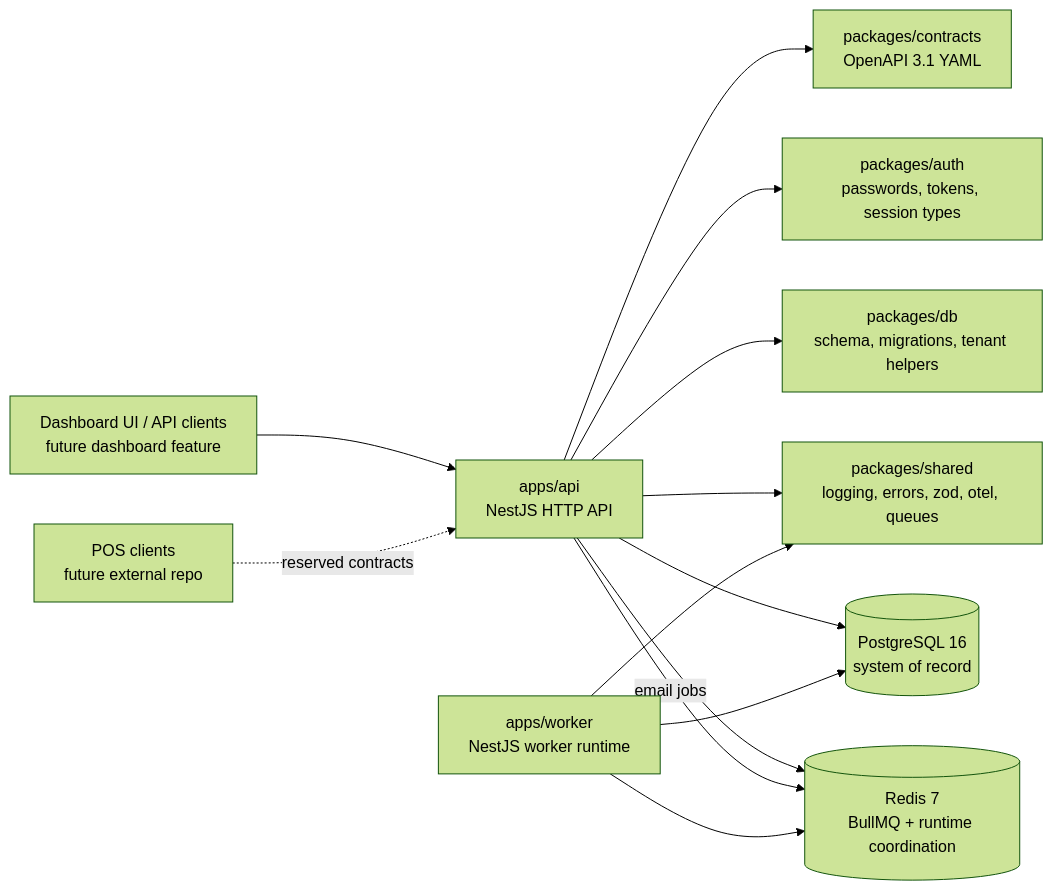
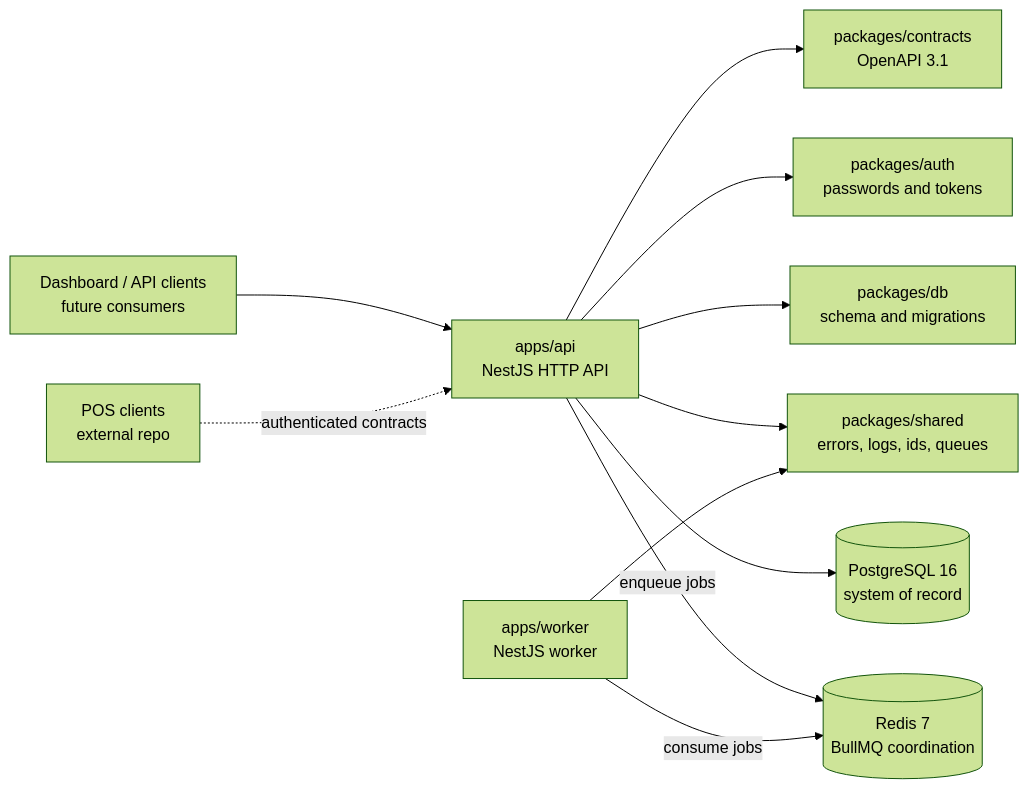
Before and after one commit to Kemetra-Labs/Retail-Tower-Erp: the diagram in services/backend-core/README.md, drawn with Mermaid (forest theme). The commit also changed other lines of this file and 17 other files, not shown here.

````diff
--- a/services/backend-core/README.md
+++ b/services/backend-core/README.md
@@ -52,29 +42,24 @@
 ```mermaid
 flowchart LR
-  clients["Dashboard UI / API clients<br/>future dashboard feature"]
-  pos["POS clients<br/>future external repo"]
-
+  clients["Dashboard / API clients<br/>future consumers"]
+  pos["POS clients<br/>external repo"]
   api["apps/api<br/>NestJS HTTP API"]
-  worker["apps/worker<br/>NestJS worker runtime"]
-
-  contracts["packages/contracts<br/>OpenAPI 3.1 YAML"]
-  auth["packages/auth<br/>passwords, tokens, session types"]
-  dbpkg["packages/db<br/>schema, migrations, tenant helpers"]
-  shared["packages/shared<br/>logging, errors, zod, otel, queues"]
-
-  postgres[("PostgreSQL 16<br/>system of record")]
-  redis[("Redis 7<br/>BullMQ + runtime coordination")]
+  worker["apps/worker<br/>NestJS worker"]
+  contracts["packages/contracts<br/>OpenAPI 3.1"]
+  auth["packages/auth<br/>passwords and tokens"]
+  db["packages/db<br/>schema and migrations"]
+  shared["packages/shared<br/>errors, logs, ids, queues"]
+  pg[("PostgreSQL 16<br/>system of record")]
+  redis[("Redis 7<br/>BullMQ coordination")]
 
   clients --> api
-  pos -. reserved contracts .-> api
+  pos -. authenticated contracts .-> api
   api --> contracts
   api --> auth
-  api --> dbpkg
+  api --> db
   api --> shared
-  api --> postgres
-  api --> redis
-  api -- email jobs --> redis
-  worker --> redis
+  api --> pg
+  api -- enqueue jobs --> redis
+  worker -- consume jobs --> redis
   worker --> shared
-  worker --> postgres
 ```
````
